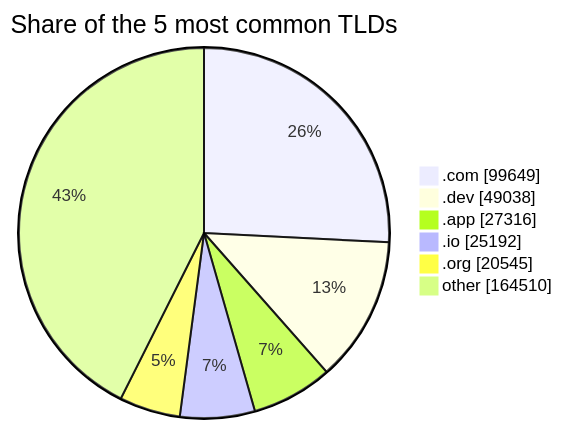
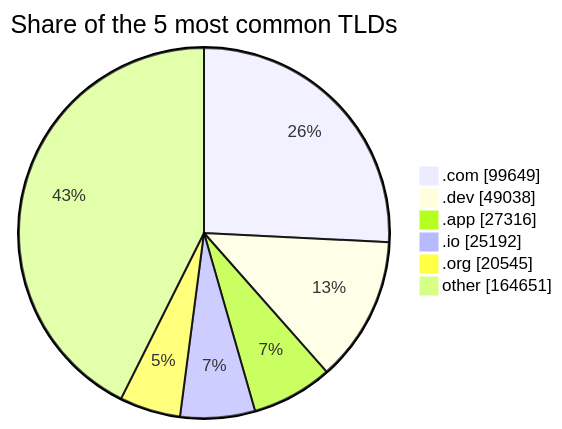
Before and after one commit to DNSBunker/CTI: the third of 3 diagrams in README.md, drawn with Mermaid. The commit also changed other lines of this file and 3 other files, not shown here.

````diff
--- a/README.md
+++ b/README.md
@@ -81,9 +81,9 @@
 ```mermaid
 pie showData title Share of the 5 most common TLDs
     ".com" : 99649
     ".dev" : 49038
     ".app" : 27316
     ".io" : 25192
     ".org" : 20545
-    "other" : 164510
+    "other" : 164651
 ```
````
